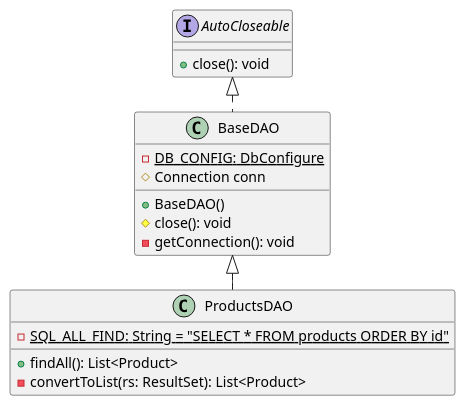
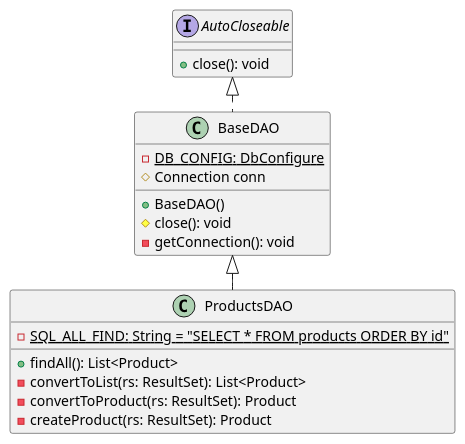
The diagram in docs/tutorials/dao/puml/productdao.puml (612-teacher001/jbasic-dao-demo), drawn with PlantUML before and after one commit. The commit also changed 2 other files, not shown here.

```diff
--- a/docs/tutorials/dao/puml/productdao.puml
+++ b/docs/tutorials/dao/puml/productdao.puml
@@ -1,44 +1,46 @@
 @startuml ProductDAO
 left to right direction
 
 interface AutoCloseable {
   ' 抽象メソッド
   {method} +close(): void
 }
 
 class BaseDAO {
   {static} -DB_CONFIG: DbConfigure
   {field}  #Connection conn
   '
   ' コンストラクタ
   {method} +BaseDAO()
   '
   ' 限定公開メソッド：継承クラスからの利用のみ許可
   {method} #close(): void
   '
   ' 内部メソッド
   {method} -getConnection(): void
 }
 
 class ProductsDAO {
   ' SQL文字列
   {static} -SQL_ALL_FIND: String = "SELECT * FROM products ORDER BY id"
   '
   ' 公開メソッド：CRUD操作実行メソッド
   {method} +findAll(): List<Product>
   ' 補助メソッド（非公開）
   {method} -convertToList(rs: ResultSet): List<Product>
+  {method} -convertToProduct(rs: ResultSet): Product
+  {method} -createProduct(rs: ResultSet): Product
 }
 
 ' 継承関係
 AutoCloseable <|. BaseDAO
 BaseDAO <|- ProductsDAO
 
 /'
 note right of BaseDAO::close
   AutoCloseable の close() をオーバーライドしています。
   これは BaseDAO がリソースを正しく解放するために必要です。
 end note
 '/
 
 @enduml
```
